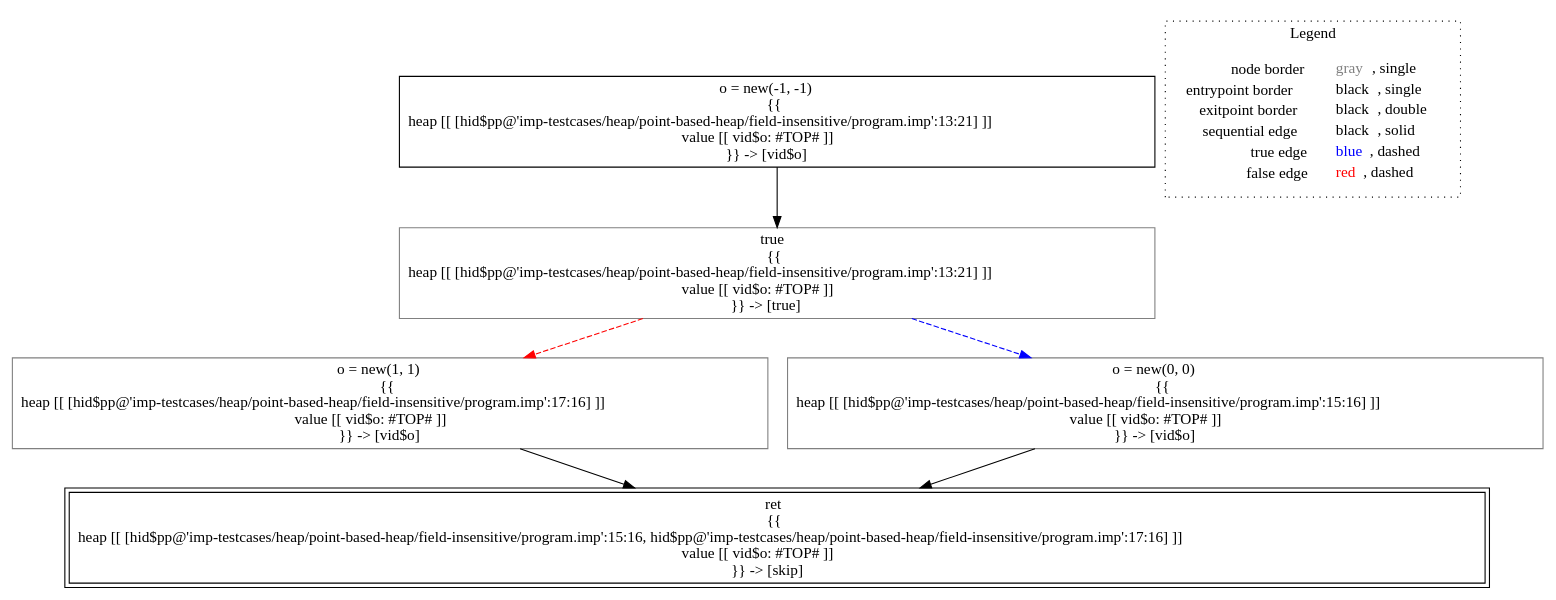
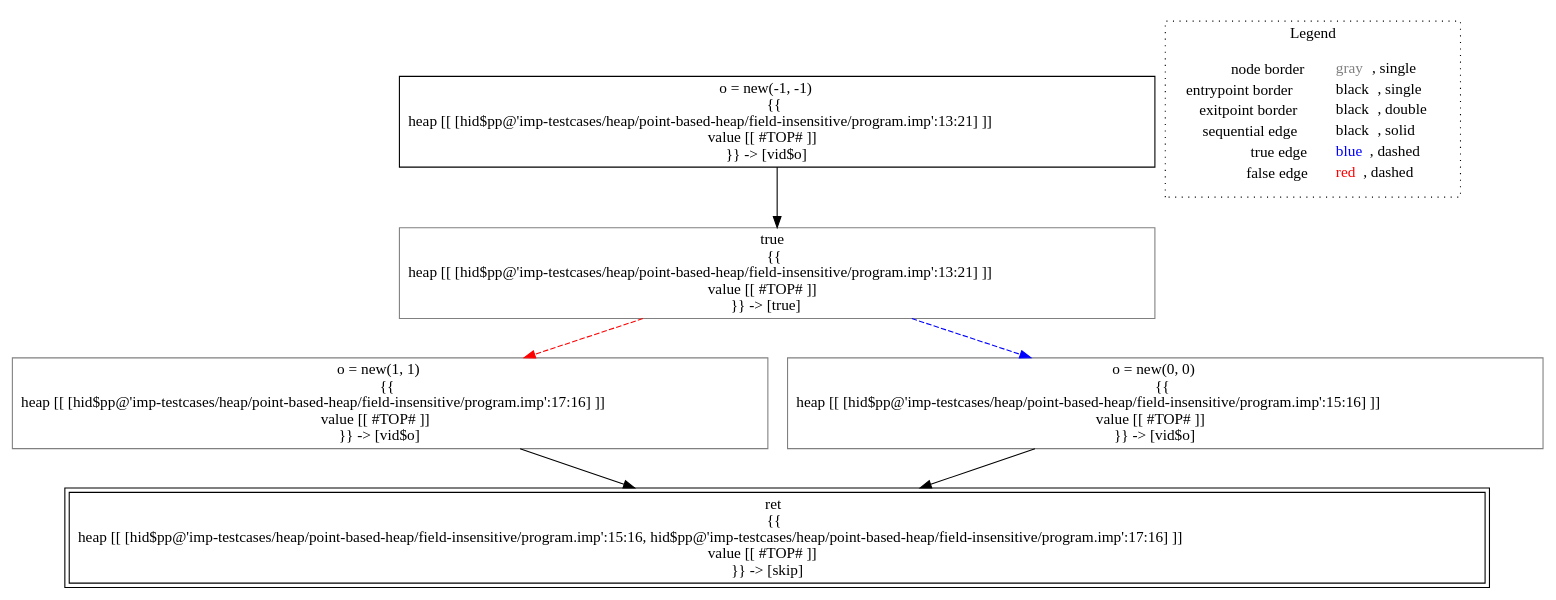
One commit to lisa-analyzer/lisa changed the diagram in lisa/imp-testcases/heap/point-based-heap/field-insensitive/analysis___untyped_A.f2(A_this).dot. Above: the diagram before and after it, drawn with Graphviz. The commit also changed 15 other files, not shown here.

Commit message:
restored old point-based heap, canProcess method for non relational domains

```diff
--- a/lisa/imp-testcases/heap/point-based-heap/field-insensitive/analysis___untyped_A.f2(A_this).dot
+++ b/lisa/imp-testcases/heap/point-based-heap/field-insensitive/analysis___untyped_A.f2(A_this).dot
@@ -1,19 +1,19 @@
 digraph {
-	"node0" [shape="rect",color="black",label=<o = new(-1, -1)<BR/>{{<BR/>heap [[ [hid$pp@'imp-testcases/heap/point-based-heap/field-insensitive/program.imp':13:21] ]]<BR/>value [[ vid$o: #TOP# ]]<BR/>}} -&gt; [vid$o]>];
-	"node1" [shape="rect",color="gray",label=<true<BR/>{{<BR/>heap [[ [hid$pp@'imp-testcases/heap/point-based-heap/field-insensitive/program.imp':13:21] ]]<BR/>value [[ vid$o: #TOP# ]]<BR/>}} -&gt; [true]>];
-	"node2" [shape="rect",color="gray",label=<o = new(1, 1)<BR/>{{<BR/>heap [[ [hid$pp@'imp-testcases/heap/point-based-heap/field-insensitive/program.imp':17:16] ]]<BR/>value [[ vid$o: #TOP# ]]<BR/>}} -&gt; [vid$o]>];
-	"node3" [shape="rect",color="gray",label=<o = new(0, 0)<BR/>{{<BR/>heap [[ [hid$pp@'imp-testcases/heap/point-based-heap/field-insensitive/program.imp':15:16] ]]<BR/>value [[ vid$o: #TOP# ]]<BR/>}} -&gt; [vid$o]>];
-	"node4" [shape="rect",color="black",peripheries="2",label=<ret<BR/>{{<BR/>heap [[ [hid$pp@'imp-testcases/heap/point-based-heap/field-insensitive/program.imp':15:16, hid$pp@'imp-testcases/heap/point-based-heap/field-insensitive/program.imp':17:16] ]]<BR/>value [[ vid$o: #TOP# ]]<BR/>}} -&gt; [skip]>];
-	"node1" -> "node2" [color="red",style="dashed"];
-	"node1" -> "node3" [color="blue",style="dashed"];
-	"node2" -> "node4" [color="black"];
-	"node3" -> "node4" [color="black"];
-	"node0" -> "node1" [color="black"];
+	"node0" [shape="rect",color="black",label=<o = new(-1, -1)<BR/>{{<BR/>heap [[ [hid$pp@'imp-testcases/heap/point-based-heap/field-insensitive/program.imp':13:21] ]]<BR/>value [[ #TOP# ]]<BR/>}} -&gt; [vid$o]>];
+	"node1" [shape="rect",color="gray",label=<o = new(1, 1)<BR/>{{<BR/>heap [[ [hid$pp@'imp-testcases/heap/point-based-heap/field-insensitive/program.imp':17:16] ]]<BR/>value [[ #TOP# ]]<BR/>}} -&gt; [vid$o]>];
+	"node2" [shape="rect",color="gray",label=<o = new(0, 0)<BR/>{{<BR/>heap [[ [hid$pp@'imp-testcases/heap/point-based-heap/field-insensitive/program.imp':15:16] ]]<BR/>value [[ #TOP# ]]<BR/>}} -&gt; [vid$o]>];
+	"node3" [shape="rect",color="black",peripheries="2",label=<ret<BR/>{{<BR/>heap [[ [hid$pp@'imp-testcases/heap/point-based-heap/field-insensitive/program.imp':15:16, hid$pp@'imp-testcases/heap/point-based-heap/field-insensitive/program.imp':17:16] ]]<BR/>value [[ #TOP# ]]<BR/>}} -&gt; [skip]>];
+	"node4" [shape="rect",color="gray",label=<true<BR/>{{<BR/>heap [[ [hid$pp@'imp-testcases/heap/point-based-heap/field-insensitive/program.imp':13:21] ]]<BR/>value [[ #TOP# ]]<BR/>}} -&gt; [true]>];
+	"node1" -> "node3" [color="black"];
+	"node2" -> "node3" [color="black"];
+	"node0" -> "node4" [color="black"];
+	"node4" -> "node1" [color="red",style="dashed"];
+	"node4" -> "node2" [color="blue",style="dashed"];
 subgraph cluster_legend {
 	label="Legend";
 	style=dotted;
 	node [shape=plaintext];
 	"legend" [label=<<table border="0" cellpadding="2" cellspacing="0" cellborder="0"><tr><td align="right">node border&nbsp;</td><td align="left"><font color="gray">gray</font>, single</td></tr><tr><td align="right">entrypoint border&nbsp;</td><td align="left"><font color="black">black</font>, single</td></tr><tr><td align="right">exitpoint border&nbsp;</td><td align="left"><font color="black">black</font>, double</td></tr><tr><td align="right">sequential edge&nbsp;</td><td align="left"><font color="black">black</font>, solid</td></tr><tr><td align="right">true edge&nbsp;</td><td align="left"><font color="blue">blue</font>, dashed</td></tr><tr><td align="right">false edge&nbsp;</td><td align="left"><font color="red">red</font>, dashed</td></tr></table>>];
 }
 
 }
```
